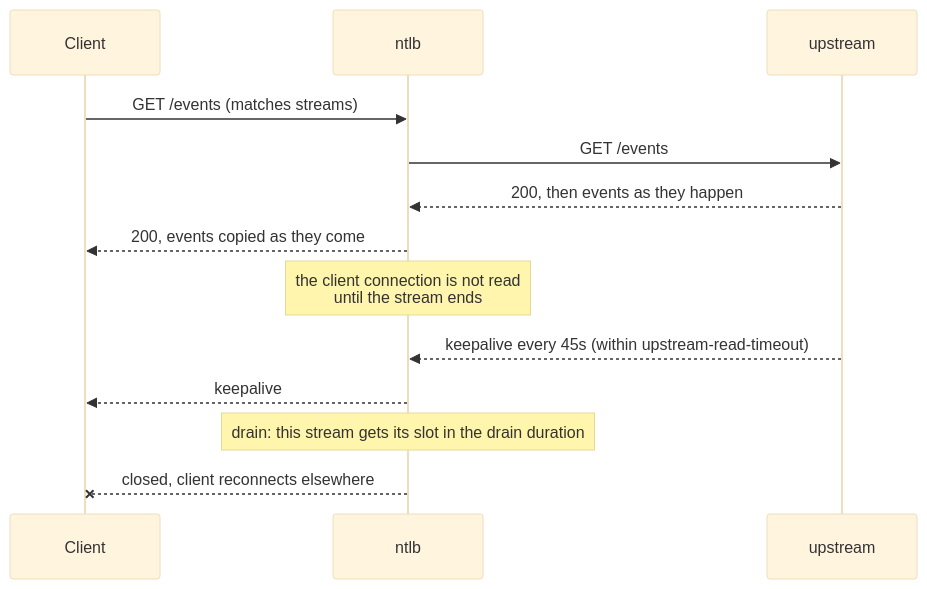
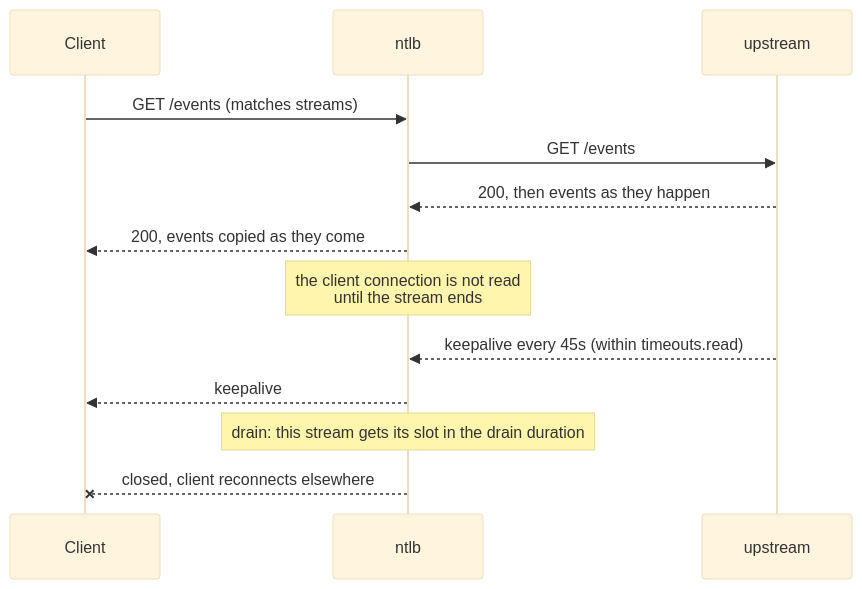
Before and after one commit to binwiederhier/ntlb: the eighth of 12 diagrams in docs/configuration.md, drawn with Mermaid (base theme). The commit also changed other lines of this file and 29 other files, not shown here.

````diff
--- a/docs/configuration.md
+++ b/docs/configuration.md
@@ -350,15 +373,15 @@
 ```mermaid
 sequenceDiagram
     participant C as Client
     participant LB as ntlb
     participant U as upstream
     C->>LB: GET /events (matches streams)
     LB->>U: GET /events
     U-->>LB: 200, then events as they happen
     LB-->>C: 200, events copied as they come
     Note over LB: the client connection is not read<br>until the stream ends
-    U-->>LB: keepalive every 45s (within upstream-read-timeout)
+    U-->>LB: keepalive every 45s (within timeouts.read)
     LB-->>C: keepalive
     Note over LB: drain: this stream gets its slot in the drain duration
     LB--xC: closed, client reconnects elsewhere
 ```
````
